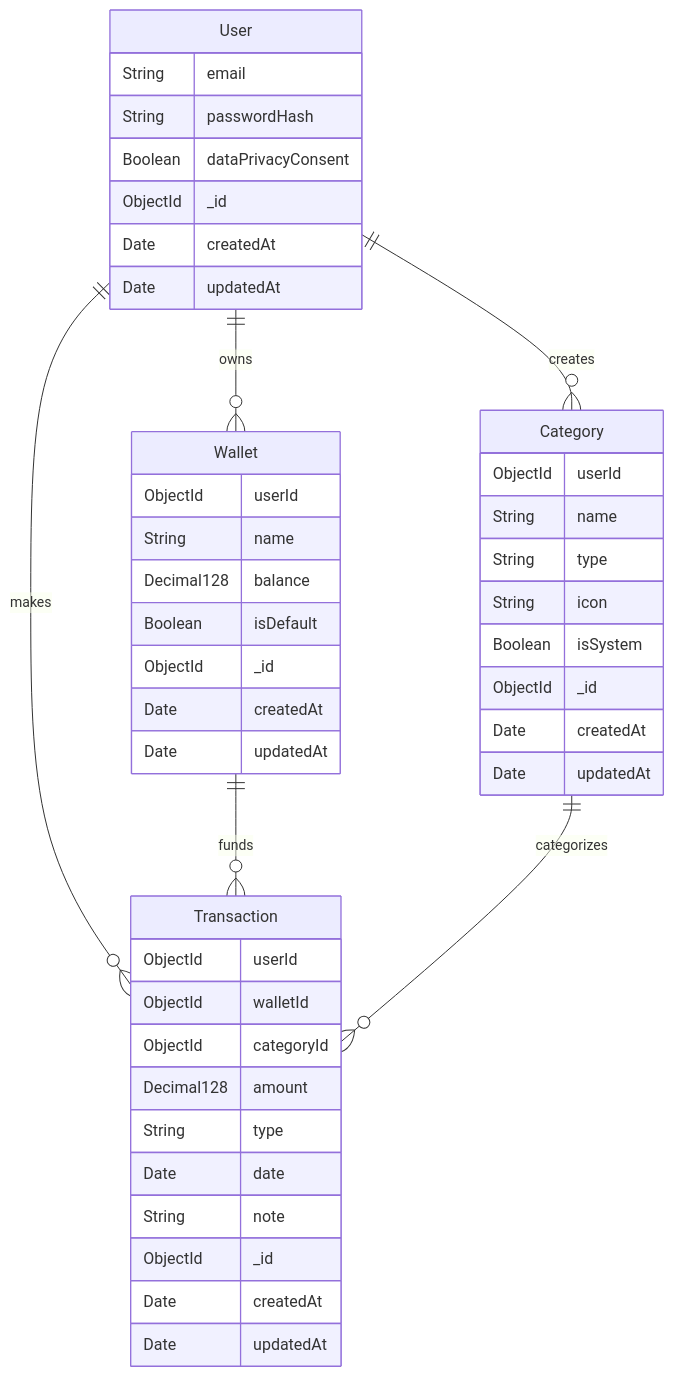
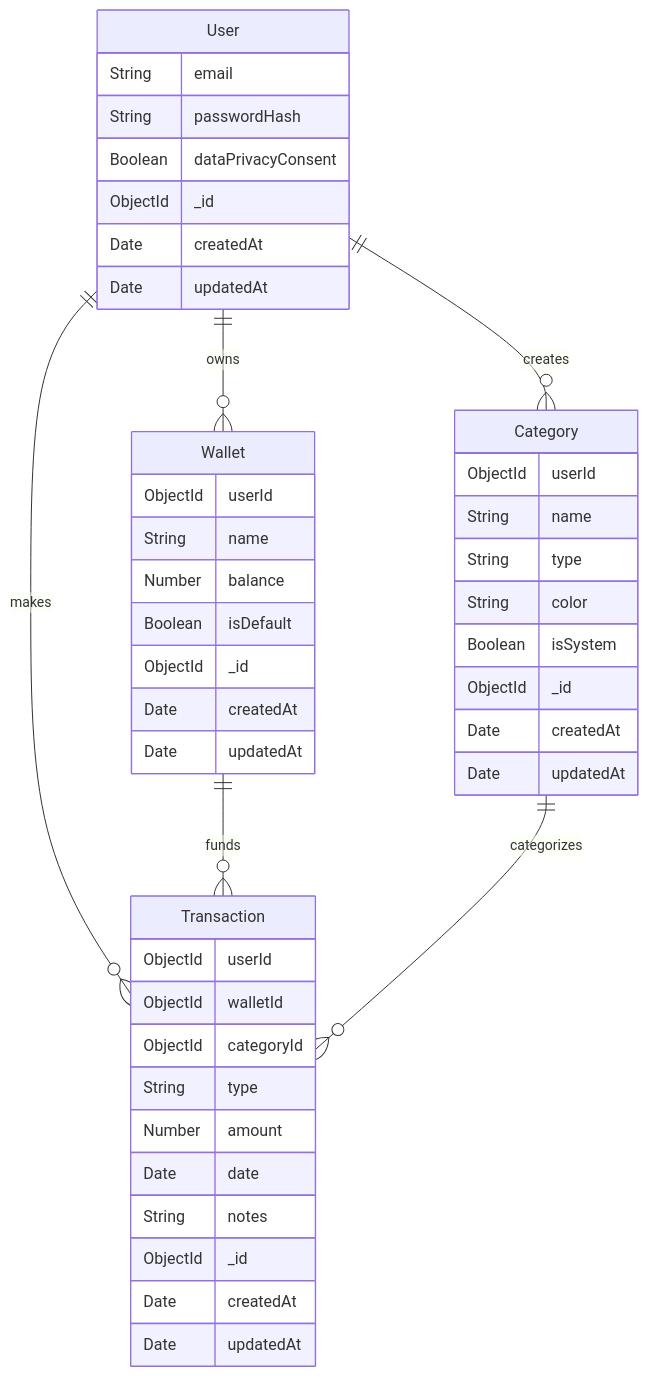
The diagram in docs/ERD.md (ComBiao/FinLover), drawn with Mermaid before and after one commit.

Commit message:
chore: update ERD

````diff
--- a/docs/ERD.md
+++ b/docs/ERD.md
@@ -3,52 +3,52 @@
 ```mermaid
 erDiagram
   User ||--o{ Wallet : "owns"
   User ||--o{ Category : "creates"
   User ||--o{ Transaction : "makes"
   Wallet ||--o{ Transaction : "funds"
   Category ||--o{ Transaction : "categorizes"
 
   User {
     String email
     String passwordHash
     Boolean dataPrivacyConsent
     ObjectId _id
     Date createdAt
     Date updatedAt
   }
 
   Wallet {
     ObjectId userId
     String name
-    Decimal128 balance
+    Number balance
     Boolean isDefault
     ObjectId _id
     Date createdAt
     Date updatedAt
   }
 
   Category {
     ObjectId userId
     String name
     String type
-    String icon
+    String color
     Boolean isSystem
     ObjectId _id
     Date createdAt
     Date updatedAt
   }
 
   Transaction {
     ObjectId userId
     ObjectId walletId
     ObjectId categoryId
-    Decimal128 amount
     String type
+    Number amount
     Date date
-    String note
+    String notes
     ObjectId _id
     Date createdAt
     Date updatedAt
   }
 
 ```
````
